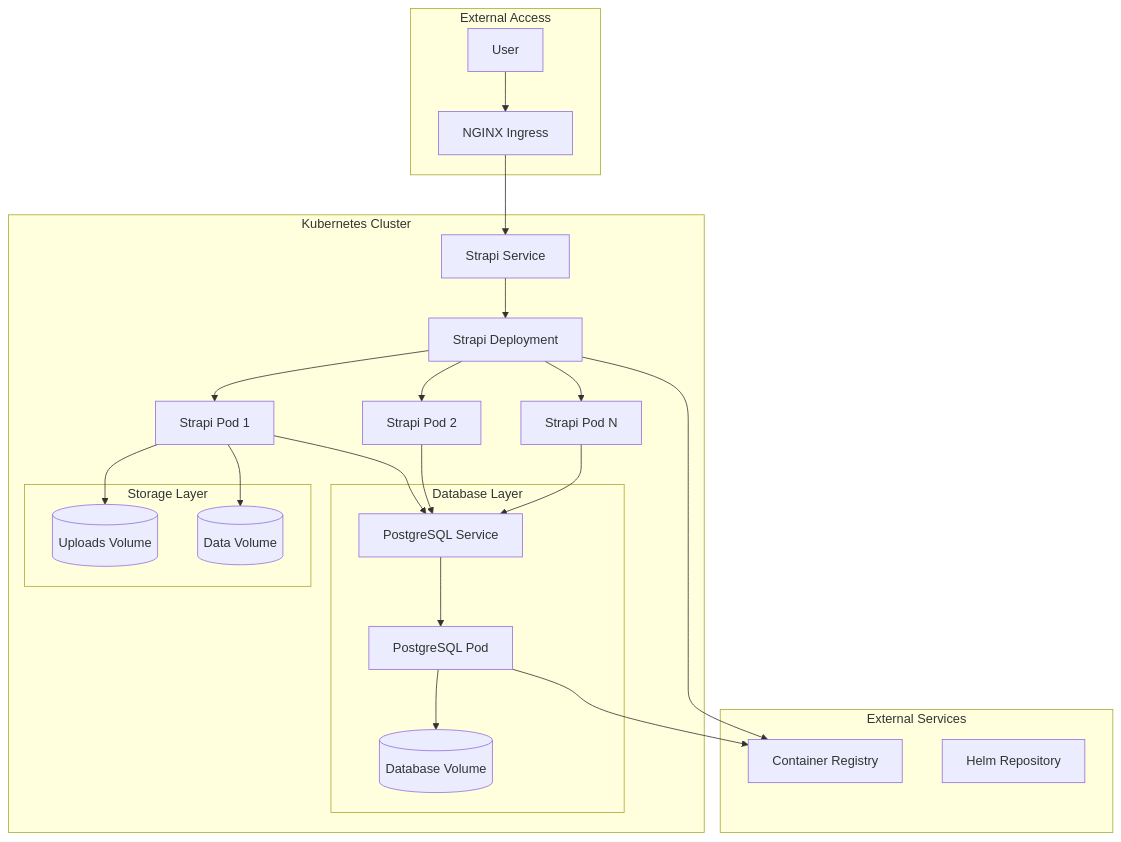
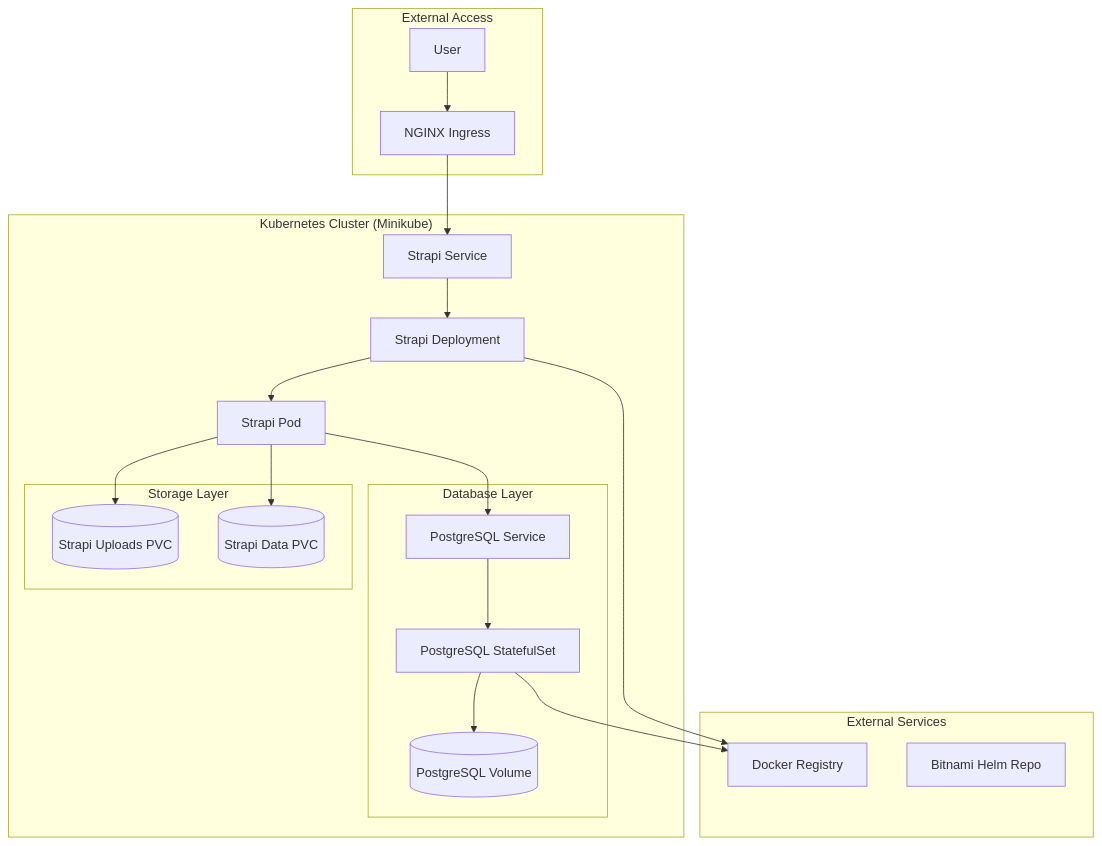
One commit to onesilq/silq-strapi changed the first of 10 diagrams in ARCHITECTURE_DIAGRAMS.md. Above: the diagram before and after it, drawn with Mermaid. The commit also changed other lines of this file and 3 other files, not shown here.

````diff
--- a/ARCHITECTURE_DIAGRAMS.md
+++ b/ARCHITECTURE_DIAGRAMS.md
@@ -7,40 +7,35 @@
 ```mermaid
 graph TB
     subgraph "External Access"
         U[User] --> I[NGINX Ingress]
     end
     
-    subgraph "Kubernetes Cluster"
+    subgraph "Kubernetes Cluster (Minikube)"
         I --> S[Strapi Service]
         S --> D[Strapi Deployment]
-        D --> P1[Strapi Pod 1]
-        D --> P2[Strapi Pod 2]
-        D --> P3[Strapi Pod N]
+        D --> P1[Strapi Pod]
         
         subgraph "Database Layer"
             DB[PostgreSQL Service]
-            DB --> DBP[PostgreSQL Pod]
-            DBP --> DBV[(Database Volume)]
+            DB --> DBP[PostgreSQL StatefulSet]
+            DBP --> DBV[(PostgreSQL Volume)]
         end
         
         subgraph "Storage Layer"
-            PV1[(Uploads Volume)]
-            PV2[(Data Volume)]
+            PV1[(Strapi Uploads PVC)]
+            PV2[(Strapi Data PVC)]
         end
         
         P1 --> DB
-        P2 --> DB
-        P3 --> DB
-        
         P1 --> PV1
         P1 --> PV2
     end
     
     subgraph "External Services"
-        R[Container Registry]
-        H[Helm Repository]
+        R[Docker Registry]
+        H[Bitnami Helm Repo]
     end
     
     D --> R
     DBP --> R
 ```
````
